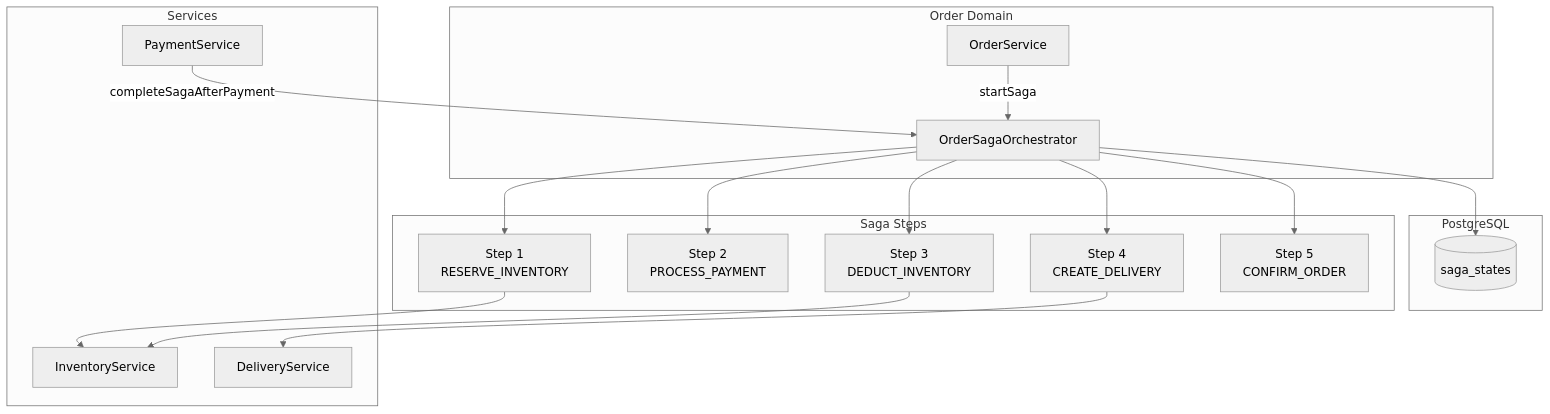
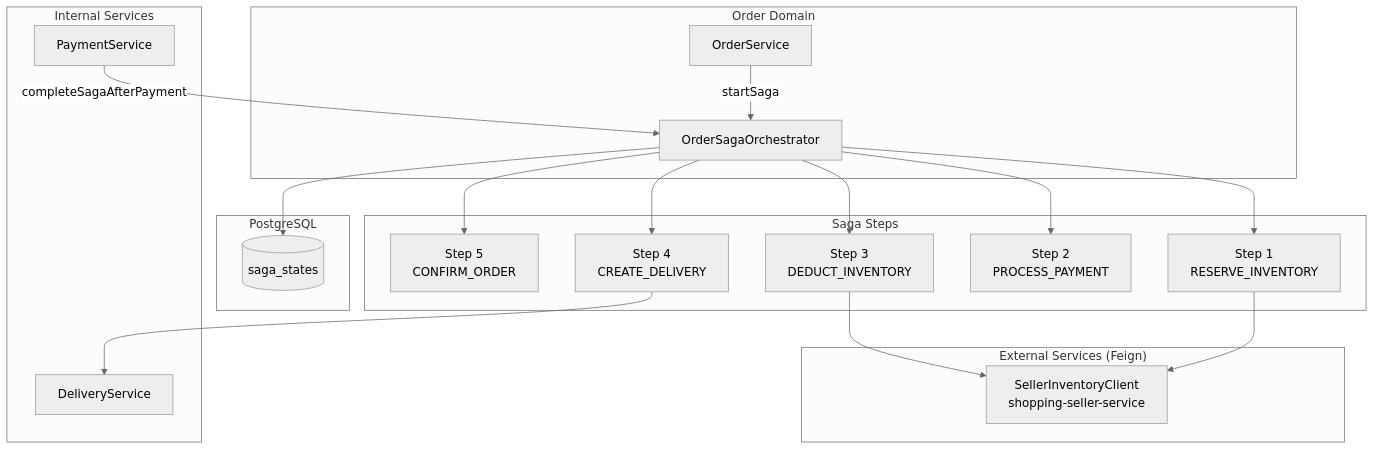
The first of 6 diagrams in docs/architecture/shopping-service/saga-pattern.md (L-a-z-e/portal-universe), drawn with Mermaid (neutral theme) before and after one commit. The commit also changed other lines of this file and 45 other files, not shown here.

First line of the commit message:
fix(shopping): complete saga cross-service compensation and data integrity (ADR-053)

````diff
--- a/docs/architecture/shopping-service/saga-pattern.md
+++ b/docs/architecture/shopping-service/saga-pattern.md
@@ -32,36 +32,39 @@
 ```mermaid
 graph TB
     subgraph "Order Domain"
         OS[OrderService]
         SAGA[OrderSagaOrchestrator]
     end
 
     subgraph "Saga Steps"
         S1[Step 1<br/>RESERVE_INVENTORY]
         S2[Step 2<br/>PROCESS_PAYMENT]
         S3[Step 3<br/>DEDUCT_INVENTORY]
         S4[Step 4<br/>CREATE_DELIVERY]
         S5[Step 5<br/>CONFIRM_ORDER]
     end
 
-    subgraph "Services"
-        IS[InventoryService]
+    subgraph "Internal Services"
         PS[PaymentService]
         DS[DeliveryService]
+    end
+
+    subgraph "External Services (Feign)"
+        SIS[SellerInventoryClient<br/>shopping-seller-service]
     end
 
     subgraph "PostgreSQL"
         SST[(saga_states)]
     end
 
     OS -->|startSaga| SAGA
     PS -->|completeSagaAfterPayment| SAGA
 
-    SAGA --> S1 --> IS
+    SAGA --> S1 --> SIS
     SAGA --> S2
-    SAGA --> S3 --> IS
+    SAGA --> S3 --> SIS
     SAGA --> S4 --> DS
     SAGA --> S5
 
     SAGA --> SST
 ```
````
